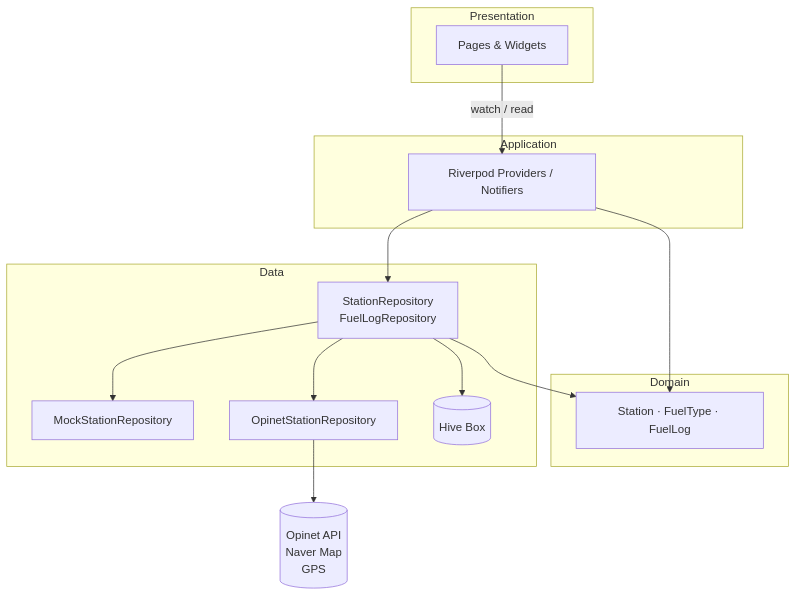
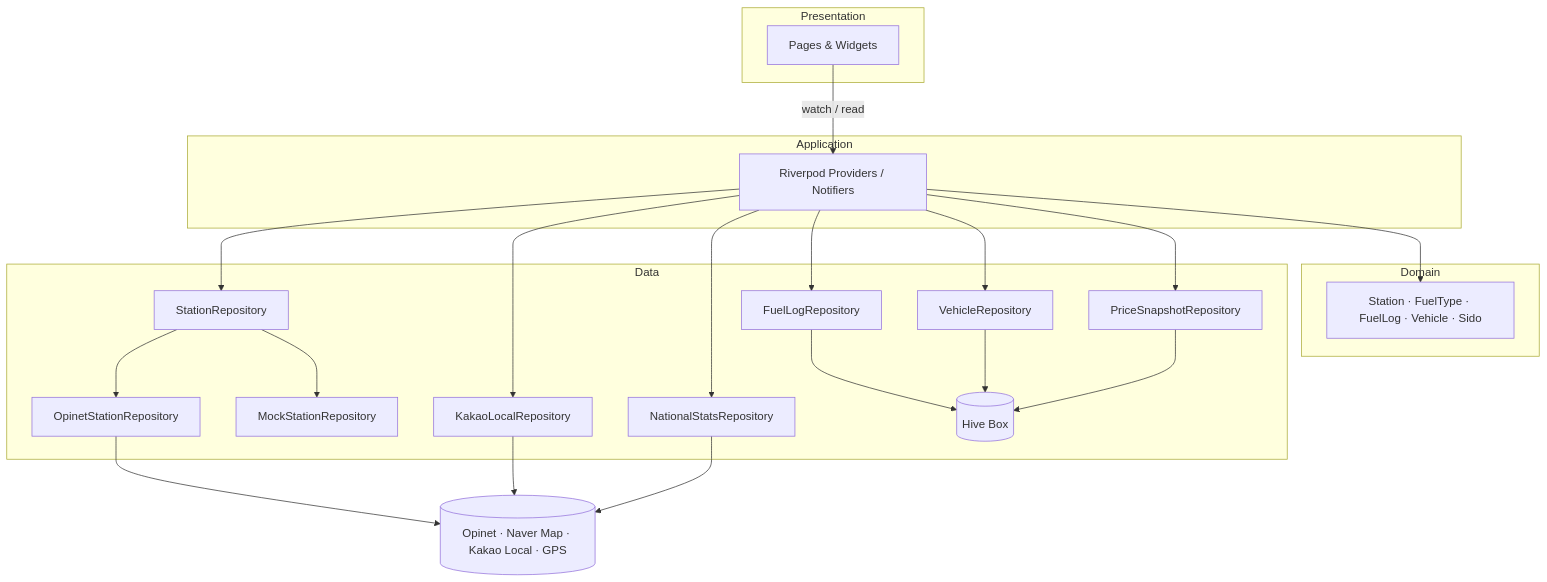
One commit to secgyu/fuelkeeper changed the diagram in README.md. Above: the diagram before and after it, drawn with Mermaid. The commit also changed other lines of this file and 8 other files, not shown here.

````diff
--- a/README.md
+++ b/README.md
@@ -76,32 +138,45 @@
 ```mermaid
 flowchart TB
   subgraph Presentation
     UI[Pages & Widgets]
   end
 
   subgraph Application
     Notifiers[Riverpod Providers / Notifiers]
   end
 
   subgraph Domain
-    Models[Station · FuelType · FuelLog]
+    Models[Station · FuelType · FuelLog · Vehicle · Sido]
   end
 
   subgraph Data
-    Repo[StationRepository<br/>FuelLogRepository]
+    StRepo[StationRepository]
+    LogRepo[FuelLogRepository]
+    VehRepo[VehicleRepository]
+    NatRepo[NationalStatsRepository]
+    Snap[PriceSnapshotRepository]
     Mock[MockStationRepository]
     Real[OpinetStationRepository]
-    Hive[(Hive Box)]
+    Kakao[KakaoLocalRepository]
+    HiveDB[(Hive Box)]
   end
 
-  External[(Opinet API<br/>Naver Map<br/>GPS)]
+  External[(Opinet · Naver Map · Kakao Local · GPS)]
 
   UI -->|watch / read| Notifiers
-  Notifiers --> Repo
-  Repo --> Mock
-  Repo --> Real
+  Notifiers --> StRepo
+  Notifiers --> LogRepo
+  Notifiers --> VehRepo
+  Notifiers --> NatRepo
+  Notifiers --> Snap
+  Notifiers --> Kakao
+  StRepo --> Mock
+  StRepo --> Real
   Real --> External
-  Repo --> Hive
+  Kakao --> External
+  NatRepo --> External
+  LogRepo --> HiveDB
+  VehRepo --> HiveDB
+  Snap --> HiveDB
   Notifiers --> Models
-  Repo --> Models
 ```
````
